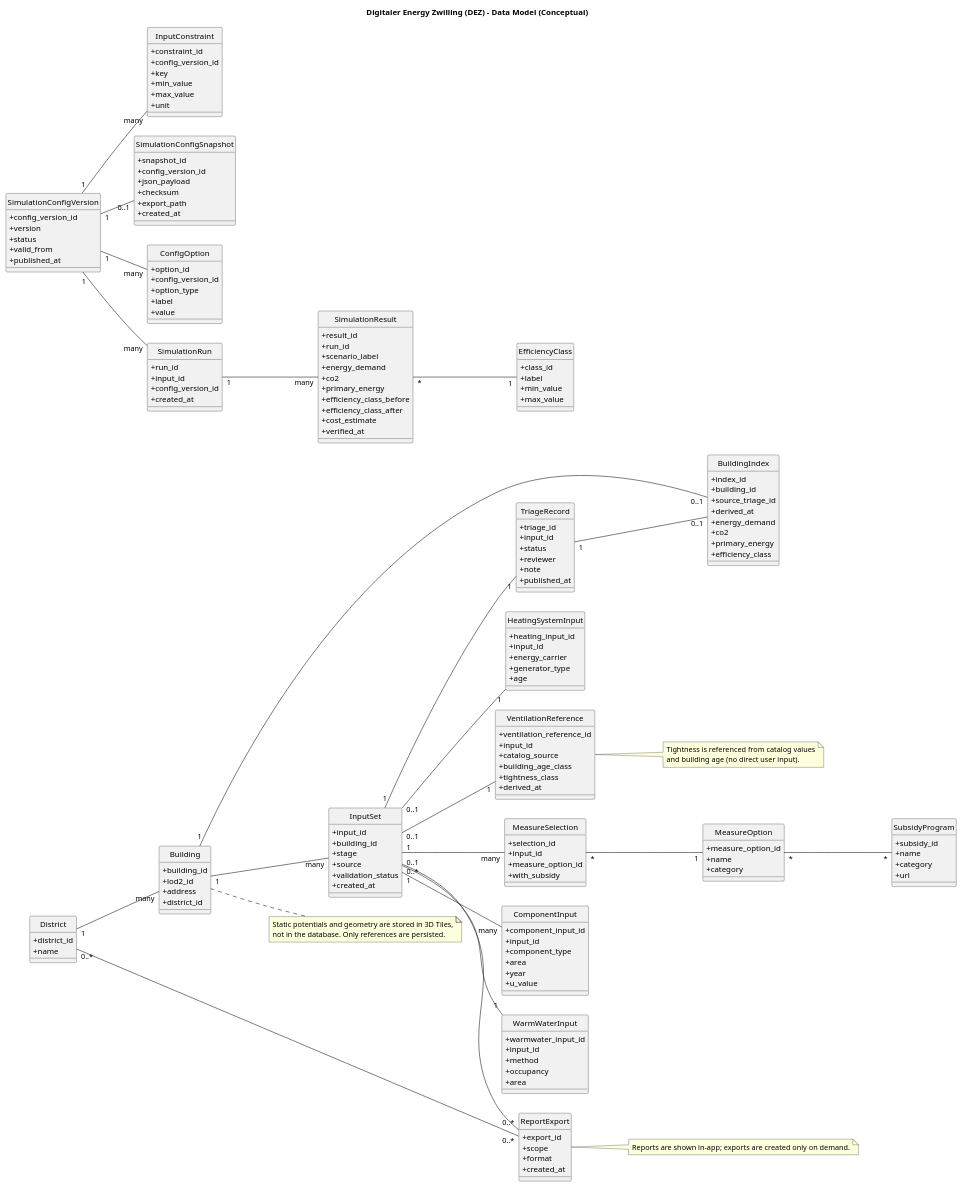
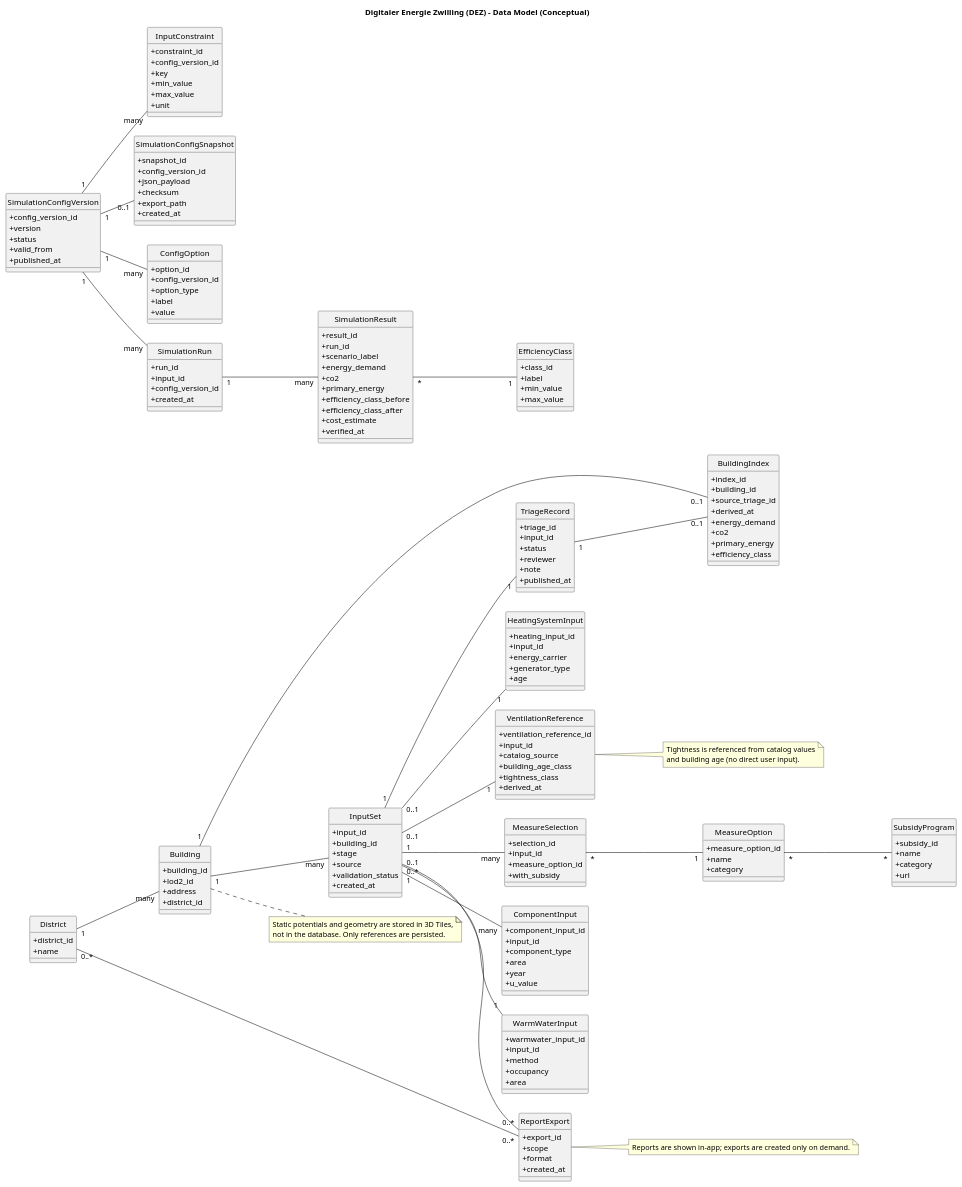
The diagram in docs/architecture/raw/data-model.puml (csi-FOXBYTE/Regensburg_DigitalerEnergieZwilling_Backend), drawn with PlantUML before and after one commit. The commit also changed 26 other files, not shown here.

```diff
--- a/docs/architecture/raw/data-model.puml
+++ b/docs/architecture/raw/data-model.puml
@@ -3,7 +3,7 @@
 skinparam classAttributeIconSize 0
 left to right direction
 
-title Digitaler Energy Zwilling (DEZ) - Data Model (Conceptual)
+title Digitaler Energie Zwilling (DEZ) - Data Model (Conceptual)
 
 class District {
   +district_id
```
